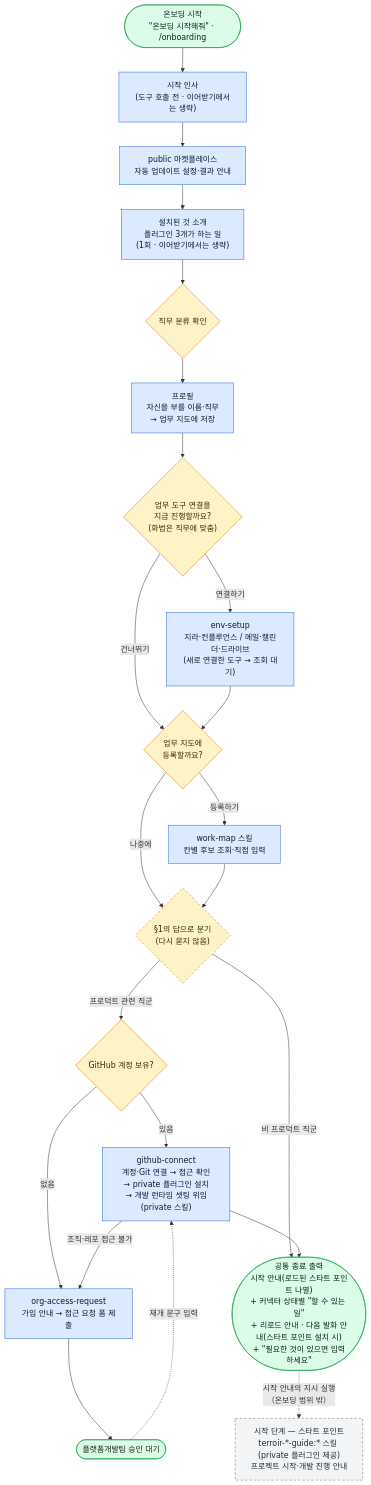
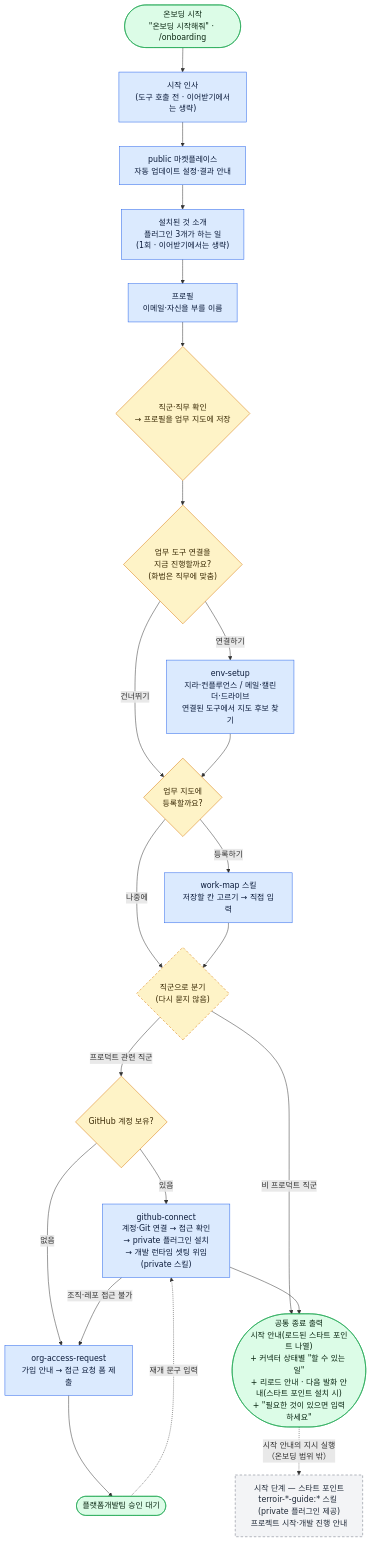
One commit to VntgCorp/terroir-claude-plugin-public changed the diagram in plugins/terroir-onboarding/README.md. Above: the diagram before and after it, drawn with Mermaid. The commit also changed other lines of this file and 6 other files, not shown here.

First line of the commit message:
refactor(onboarding): 사용자 리뷰 반영 — 온보딩 순서, work-map 을 저장 모듈로, 후보 찾기는 env-setup 으로 [RDDP-1376]

````diff
--- a/plugins/terroir-onboarding/README.md
+++ b/plugins/terroir-onboarding/README.md
@@ -50,59 +51,59 @@
 ```mermaid
 flowchart TD
     START(["온보딩 시작<br/>&quot;온보딩 시작해줘&quot; · /onboarding"])
     HELLO["시작 인사<br/>(도구 호출 전 · 이어받기에서는 생략)"]
     AUTO["public 마켓플레이스<br/>자동 업데이트 설정·결과 안내"]
     INTRO["설치된 것 소개<br/>플러그인 3개가 하는 일<br/>(1회 · 이어받기에서는 생략)"]
 
-    Q1{"직무 분류 확인"}
-    PROF["프로필<br/>자신을 부를 이름·직무<br/>→ 업무 지도에 저장"]
+    PROF["프로필<br/>이메일·자신을 부를 이름"]
+    Q1{"직군·직무 확인<br/>→ 프로필을 업무 지도에 저장"}
     Q2{"업무 도구 연결을<br/>지금 진행할까요?<br/>(화법은 직무에 맞춤)"}
-    ENV["env-setup<br/>지라·컨플루언스 / 메일·캘린더·드라이브<br/>(새로 연결한 도구 → 조회 대기)"]
+    ENV["env-setup<br/>지라·컨플루언스 / 메일·캘린더·드라이브<br/>연결된 도구에서 지도 후보 찾기"]
     QM{"업무 지도에<br/>등록할까요?"}
-    MAP["work-map 스킬<br/>칸별 후보 조회·직접 입력"]
-    BR{"§1의 답으로 분기<br/>(다시 묻지 않음)"}
+    MAP["work-map 스킬<br/>저장할 칸 고르기 → 직접 입력"]
+    BR{"직군으로 분기<br/>(다시 묻지 않음)"}
     Q3{"GitHub 계정 보유?"}
 
     GH["github-connect<br/>계정·Git 연결 → 접근 확인<br/>→ private 플러그인 설치<br/>→ 개발 런타임 셋팅 위임(private 스킬)"]
     OA["org-access-request<br/>가입 안내 → 접근 요청 폼 제출"]
     WAIT(["플랫폼개발팀 승인 대기"])
 
     END(["공통 종료 출력<br/>시작 안내(로드된 스타트 포인트 나열)<br/>+ 커넥터 상태별 &quot;할 수 있는 일&quot;<br/>+ 리로드 안내 · 다음 발화 안내(스타트 포인트 설치 시)<br/>+ &quot;필요한 것이 있으면 입력하세요&quot;"])
     SP["시작 단계 — 스타트 포인트<br/>terroir-*-guide:* 스킬 (private 플러그인 제공)<br/>프로젝트 시작·개발 진행 안내"]
 
     START --> HELLO
     HELLO --> AUTO
     AUTO --> INTRO
-    INTRO --> Q1
-    Q1 --> PROF
-    PROF --> Q2
+    INTRO --> PROF
+    PROF --> Q1
+    Q1 --> Q2
     Q2 -->|연결하기| ENV
     Q2 -->|건너뛰기| QM
     ENV --> QM
     QM -->|등록하기| MAP
     QM -->|나중에| BR
     MAP --> BR
 
     BR -->|프로덕트 관련 직군| Q3
     BR -->|비 프로덕트 직군| END
 
     Q3 -->|있음| GH
     Q3 -->|없음| OA
     GH -->|조직·레포 접근 불가| OA
     OA --> WAIT
     WAIT -.->|재개 문구 입력| GH
 
     GH --> END
     END -.->|시작 안내의 지시 실행<br/>（온보딩 범위 밖）| SP
 
     classDef skill fill:#dbeafe,stroke:#2563eb,color:#0b1b3a
     classDef gate fill:#fef3c7,stroke:#d97706,color:#3a2a05
     classDef term fill:#dcfce7,stroke:#16a34a,color:#0a2612
     classDef branch fill:#fef3c7,stroke:#d97706,color:#3a2a05,stroke-dasharray:5 4
     classDef ext fill:#f3f4f6,stroke:#6b7280,color:#1f2937,stroke-dasharray:5 4
     class HELLO,AUTO,INTRO,PROF,ENV,MAP,GH,OA skill
     class Q1,Q2,QM,Q3 gate
     class BR branch
     class START,END,WAIT term
     class SP ext
 ```
````
